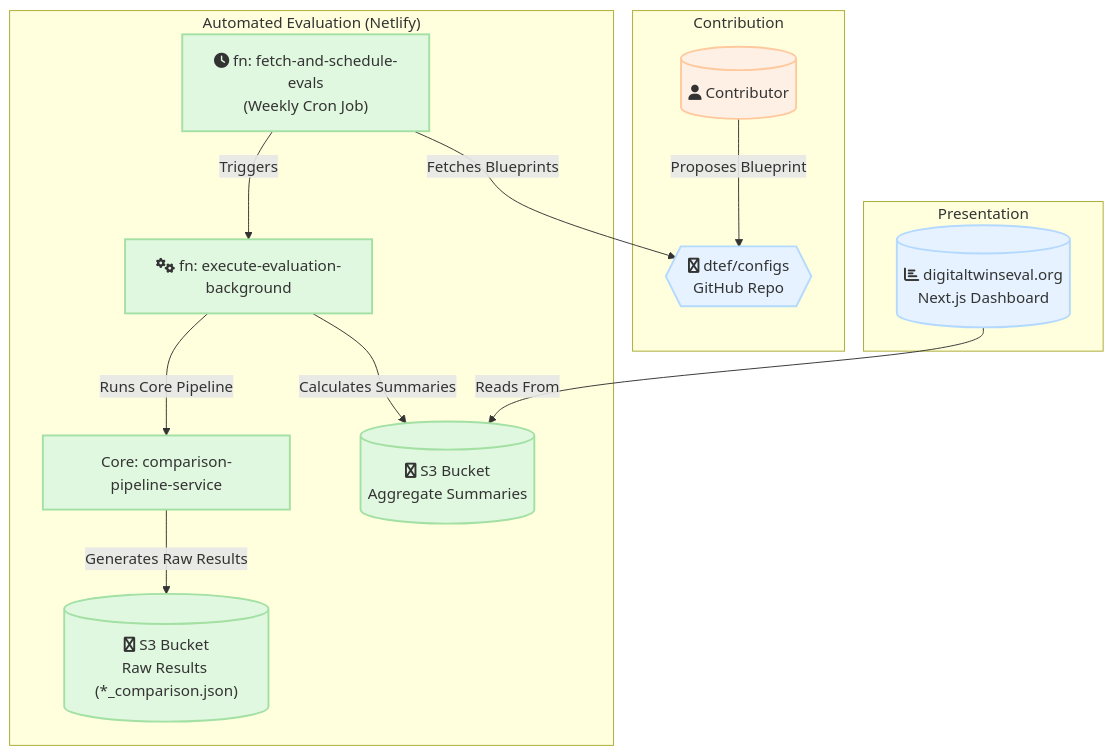
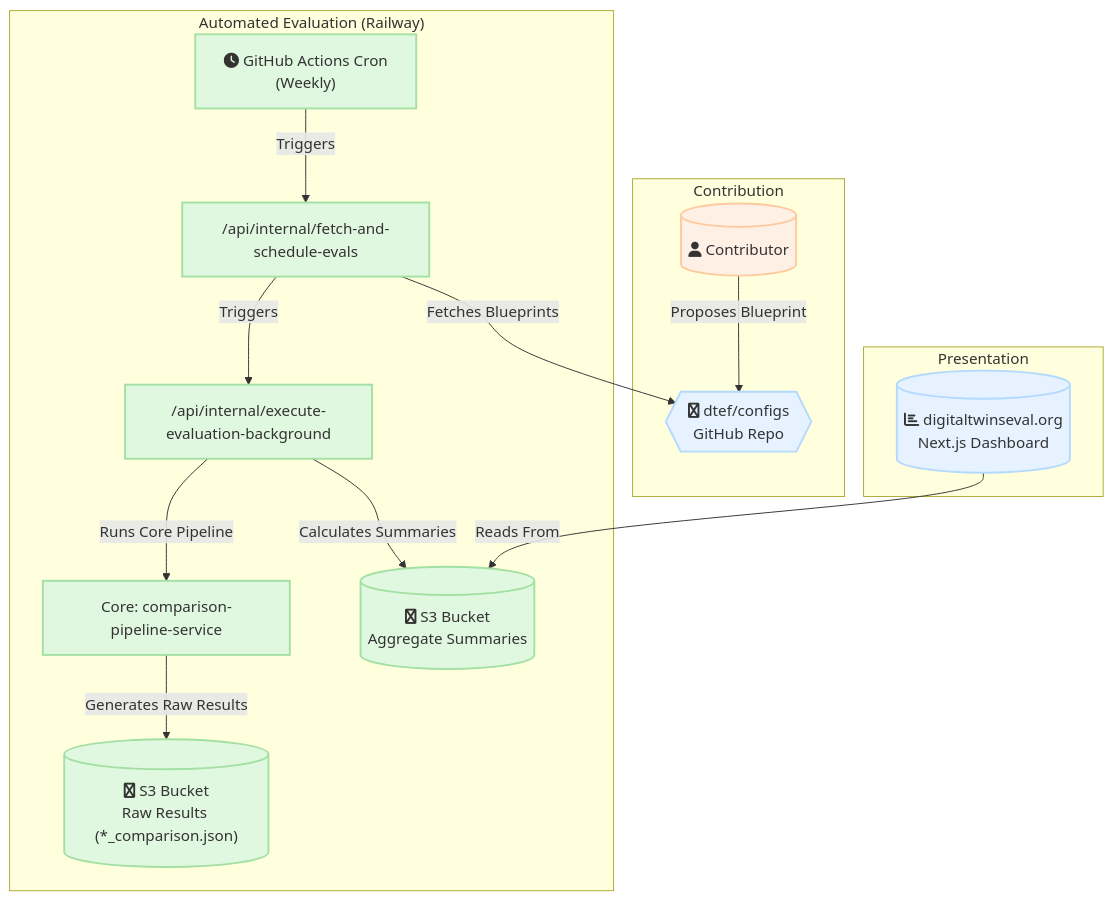
The first of 4 diagrams in docs/ARCHITECTURE.md (collect-intel/dtef-app), drawn with Mermaid before and after one commit. The commit also changed other lines of this file and 27 other files, not shown here.

````diff
--- a/docs/ARCHITECTURE.md
+++ b/docs/ARCHITECTURE.md
@@ -19,26 +19,27 @@
 ```mermaid
 graph TD
     subgraph "Contribution"
         A[("fa:fa-user Contributor")] -- Proposes Blueprint --> B{{"fa:fa-github dtef/configs<br>GitHub Repo"}}
     end
 
-    subgraph "Automated Evaluation (Netlify)"
-        C["fa:fa-clock fn: fetch-and-schedule-evals<br>(Weekly Cron Job)"] -- Fetches Blueprints --> B
-        C -- Triggers --> D["fa:fa-cogs fn: execute-evaluation-background"]
+    subgraph "Automated Evaluation (Railway)"
+        C["fa:fa-clock GitHub Actions Cron<br>(Weekly)"] -- Triggers --> SC["/api/internal/fetch-and-schedule-evals"]
+        SC -- Fetches Blueprints --> B
+        SC -- Triggers --> D["/api/internal/execute-evaluation-background"]
         D -- Runs Core Pipeline --> E[Core: comparison-pipeline-service]
         E -- Generates Raw Results --> F[("fa:fa-aws S3 Bucket<br>Raw Results (*_comparison.json)")]
         D -- Calculates Summaries --> G[("fa:fa-aws S3 Bucket<br>Aggregate Summaries")]
     end
 
     subgraph "Presentation"
         H[("fa:fa-chart-bar digitaltwinseval.org<br>Next.js Dashboard")] -- Reads From --> G
     end
 
     classDef user fill:#fff0e6,stroke:#ffc99e,stroke-width:2px;
     classDef platform fill:#e6f2ff,stroke:#b3d9ff,stroke-width:2px;
     classDef process fill:#e0f7e0,stroke:#a3e0a3,stroke-width:2px;
     
     class A user;
     class B,H platform;
-    class C,D,E,F,G process;
+    class C,SC,D,E,F,G process;
 ```
````
